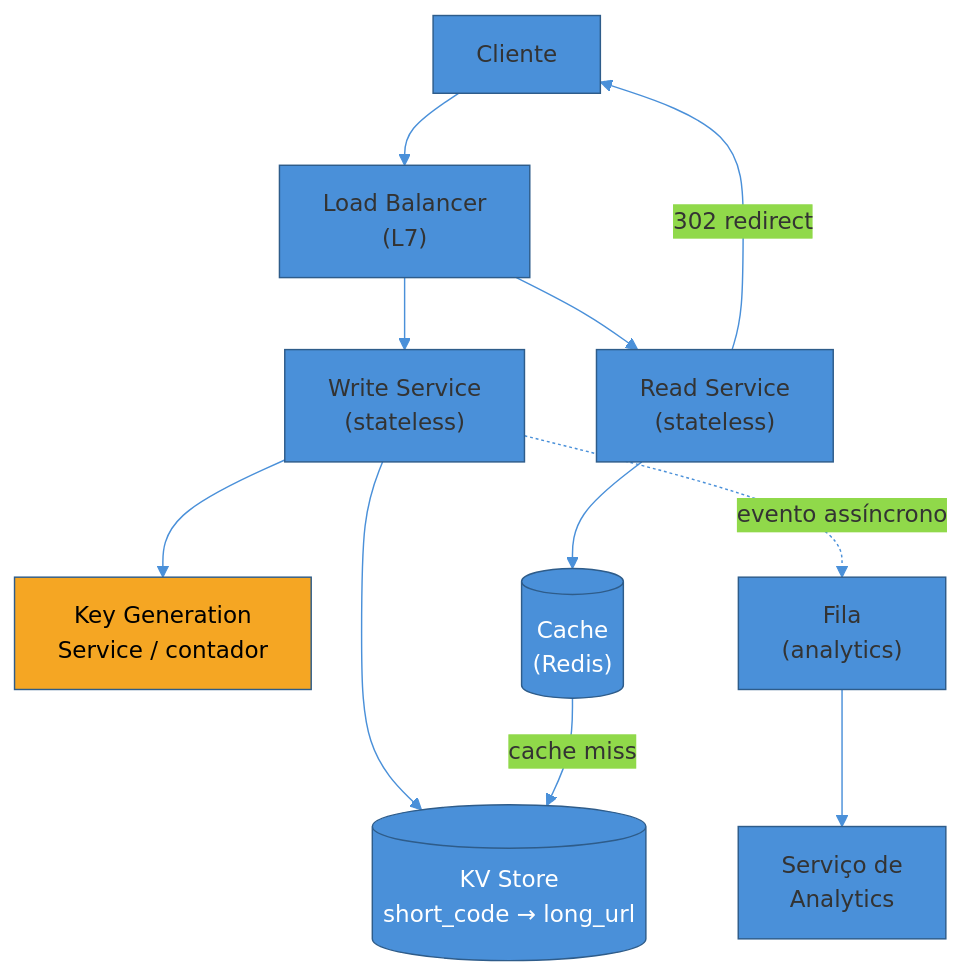
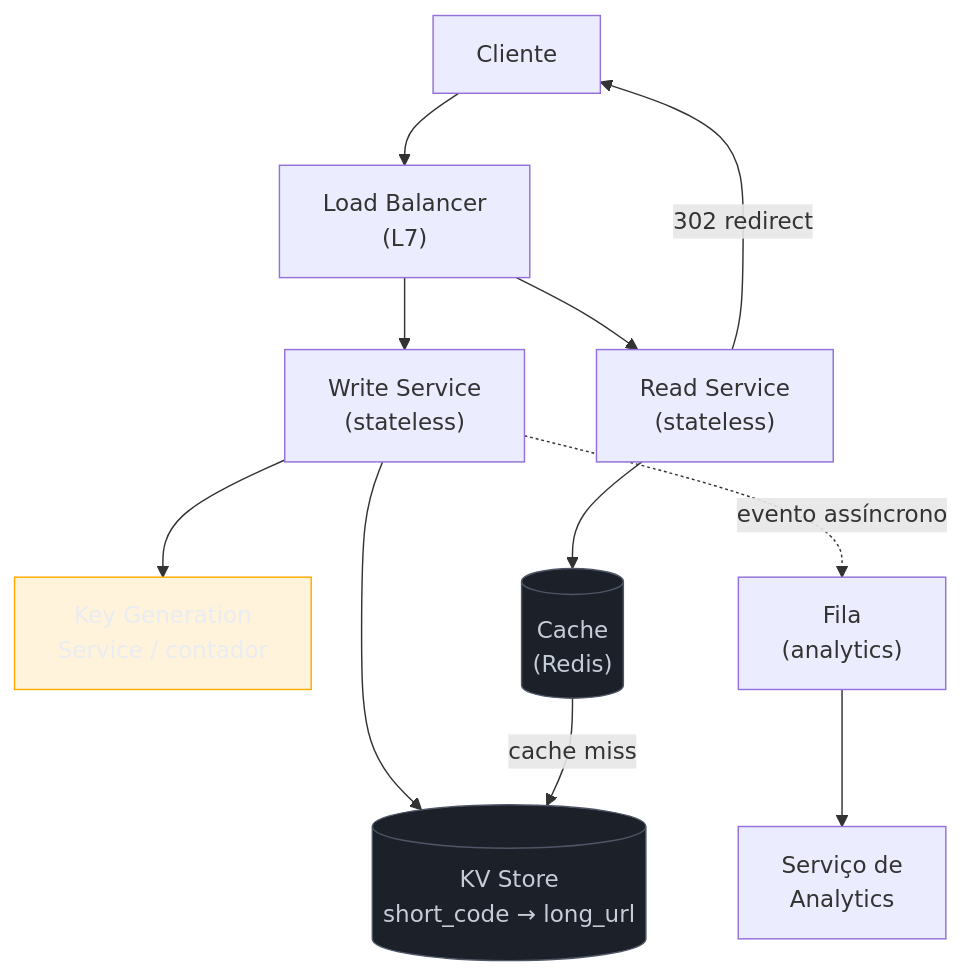
One commit to josenaldo/codex-technomanticus changed the first of 3 diagrams in 03-Dominios/Engenharia/Arquitetura/System Design/4 - Walkthroughs/01 - URL Shortener.md. Above: the diagram before and after it, drawn with Mermaid. The commit also changed other lines of this file and 1181 other files, not shown here.

First line of the commit message:
fix(diagramas): paleta do sistema no lugar de cor cravada no markdown

````diff
--- a/03-Dominios/Engenharia/Arquitetura/System Design/4 - Walkthroughs/01 - URL Shortener.md
+++ b/03-Dominios/Engenharia/Arquitetura/System Design/4 - Walkthroughs/01 - URL Shortener.md
@@ -164,21 +164,22 @@
 ```mermaid
-%%{init: {"theme": "base", "themeVariables": {"primaryColor": "#4A90D9", "primaryBorderColor": "#2E5C8A", "lineColor": "#4A90D9"}}}%%
 graph TD
+    classDef destaque fill:#FFAA0024,stroke:#FFAA00,color:#E9ECF2
+    classDef neutro fill:#1B2029,stroke:#4E5666,color:#C6CCD8
     C["Cliente"] --> LB["Load Balancer<br/>(L7)"]
     LB --> WS["Write Service<br/>(stateless)"]
     LB --> RS["Read Service<br/>(stateless)"]
 
     WS --> KGS["Key Generation<br/>Service / contador"]
     WS --> DB[("KV Store<br/>short_code → long_url")]
 
     RS --> Cache[("Cache<br/>(Redis)")]
     Cache -->|"cache miss"| DB
     RS -->|"302 redirect"| C
 
     WS -.->|"evento assíncrono"| Q["Fila<br/>(analytics)"]
     Q --> AN["Serviço de<br/>Analytics"]
 
-    style KGS fill:#F5A623,color:#000
-    style Cache fill:#4A90D9,color:#fff
-    style DB fill:#4A90D9,color:#fff
+    class KGS destaque
+    class Cache neutro
+    class DB neutro
 ```
````
